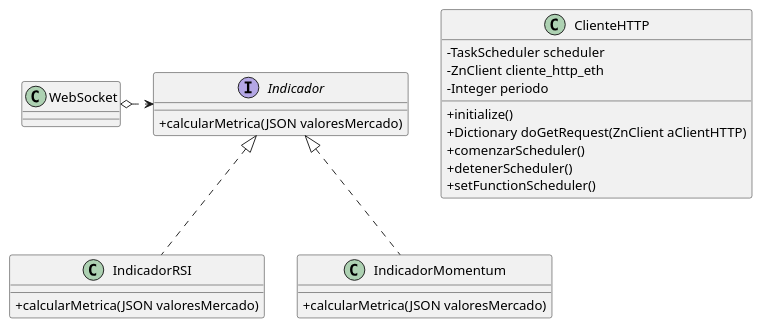
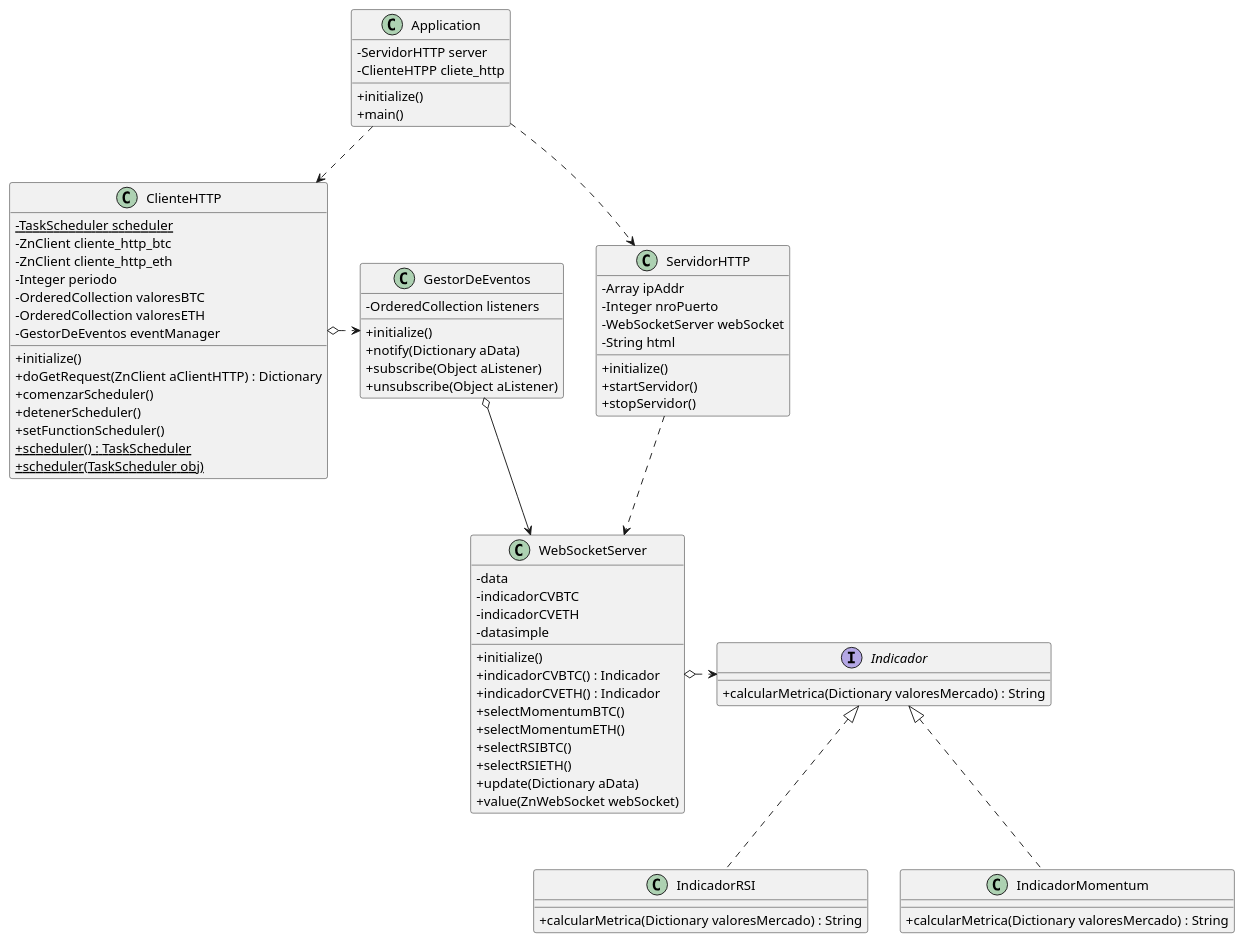
One commit to juanchula/TP2-Paradigma-2021 changed the diagram in doc/diag_clases.puml. Above: the diagram before and after it, drawn with PlantUML. The commit also changed other lines of this file and 1 other file, not shown here.

Commit message:
diagrama de clases completo

```diff
--- a/doc/diag_clases.puml
+++ b/doc/diag_clases.puml
@@ -3,61 +3,123 @@
-@startuml Server
+@startuml CryptoServer
 
 'hide circle
 skinparam ClassAttributeIconSize 0
 
 class ClienteHTTP {
-    - TaskScheduler scheduler 
+    - {static} TaskScheduler scheduler 
+    - ZnClient cliente_http_btc
     - ZnClient cliente_http_eth 
     - Integer periodo
+    - OrderedCollection valoresBTC
+    - OrderedCollection valoresETH
+    - GestorDeEventos eventManager
 
     + initialize()
-    + Dictionary doGetRequest(ZnClient aClientHTTP)
+    + doGetRequest(ZnClient aClientHTTP) : Dictionary
     + comenzarScheduler()
     + detenerScheduler()
     + setFunctionScheduler()
+    + {static} scheduler() : TaskScheduler
+    + {static} scheduler(TaskScheduler obj) 
+    '+ cliente_http_btc() : ZnClient
+    '+ cliente_http_btc(ZnClient obj)
+    '+ cliente_http_eth() : ZnClient 
+    '+ cliente_http_eth(ZnClient obj)
+    '+ eventManager() : GestorDeEventos 
+    '+ eventManager(GestorDeEventos obj)
+    '+ periodo() : Integer
+    '+ periodo(Integer obj)
+    '+ valoresBTC() : OrderedCollection
+    '+ valoresBTC(OrderedCollection obj)
+    '+ valoresETH() : OrderedCollection
+    '+ valoresETH(OrderedCollection obj)
+
 }
 
-class WebSocket {
+class Application {
+    - ServidorHTTP server 
+    - ClienteHTPP cliete_http 
 
+    + initialize()
+    + main()
+    '+ server() : ServidorHTTP
+    '+ server(ServidorHTTP anObject)
+}
+
+class GestorDeEventos {
+    - OrderedCollection listeners 
+
+    + initialize()
+    '+ listeners() : OrderedCollection
+    '+ listeners(OrderedCollection anObject)
+    + notify(Dictionary aData)
+    + subscribe(Object aListener)
+    + unsubscribe(Object aListener)
 }
 
 interface Indicador {
 
-    + calcularMetrica(JSON valoresMercado)
+    + calcularMetrica(Dictionary valoresMercado) : String
 }
 
 class IndicadorRSI {
 
-    + calcularMetrica(JSON valoresMercado)
+    + calcularMetrica(Dictionary valoresMercado) : String
 }
 
 class IndicadorMomentum {
 
-    + calcularMetrica(JSON valoresMercado)
+    + calcularMetrica(Dictionary valoresMercado) : String
 }
 
-WebSocket o.> Indicador
+class ServidorHTTP {
+    - Array ipAddr 
+    - Integer nroPuerto 
+    - WebSocketServer webSocket 
+    - String html
+
+    + initialize()
+    + startServidor()
+    + stopServidor()
+    '+ ipAddr() : Array
+    '+ ipAddr(Array obj)
+    '+ nroPuerto() : Integer 
+    '+ nroPuerto(Integer obj) 
+    '+ webSocket() : WebSocketServer 
+    '+ webSocket(WebSocketServer obj)
+    '+ html() : String
+    '+ html(String obj)
+}
+
+class WebSocketServer {
+    - data
+    - indicadorCVBTC
+    - indicadorCVETH
+    - datasimple
+
+    + initialize()
+    '+ data() : JSON data
+    '+ data(JSON anObject)
+    '+ datasimple() : Dictionary
+    '+ datasimple(Dictionary anObject)
+    + indicadorCVBTC() : Indicador
+    + indicadorCVETH() : Indicador
+    + selectMomentumBTC()
+    + selectMomentumETH()
+    + selectRSIBTC()
+    + selectRSIETH()
+    + update(Dictionary aData)
+    + value(ZnWebSocket webSocket) 
+}
+
+WebSocketServer o.> Indicador
 Indicador <|.. IndicadorRSI
 Indicador <|.. IndicadorMomentum
 
-'class Cliente{
-'    - socket sock_client
-'    - String ip_addr
-'    - int port
-
-'    + run()
-'    + crear_socket_client(String ip_addr, int port): socket
-'    + enviar_mediciones(socket sock, Dict msj)
-'}
-
-
-
-'class Thread
-'class Semaphore
-'Thread <|-- Cliente
-'Semaphore "2" - "1" Cliente : sem_cliente \nsock_ocupado
-'Semaphore "2" -- "1" Main_c : sem_cliente \nsock_ocupado
-'Cliente <.. Main_c
-'Main_c ..> Base_de_datos
+Application ..> ClienteHTTP
+Application ..> ServidorHTTP
+ServidorHTTP ..> WebSocketServer
+ClienteHTTP o.> GestorDeEventos
+GestorDeEventos o--> WebSocketServer
 
 @enduml
```
